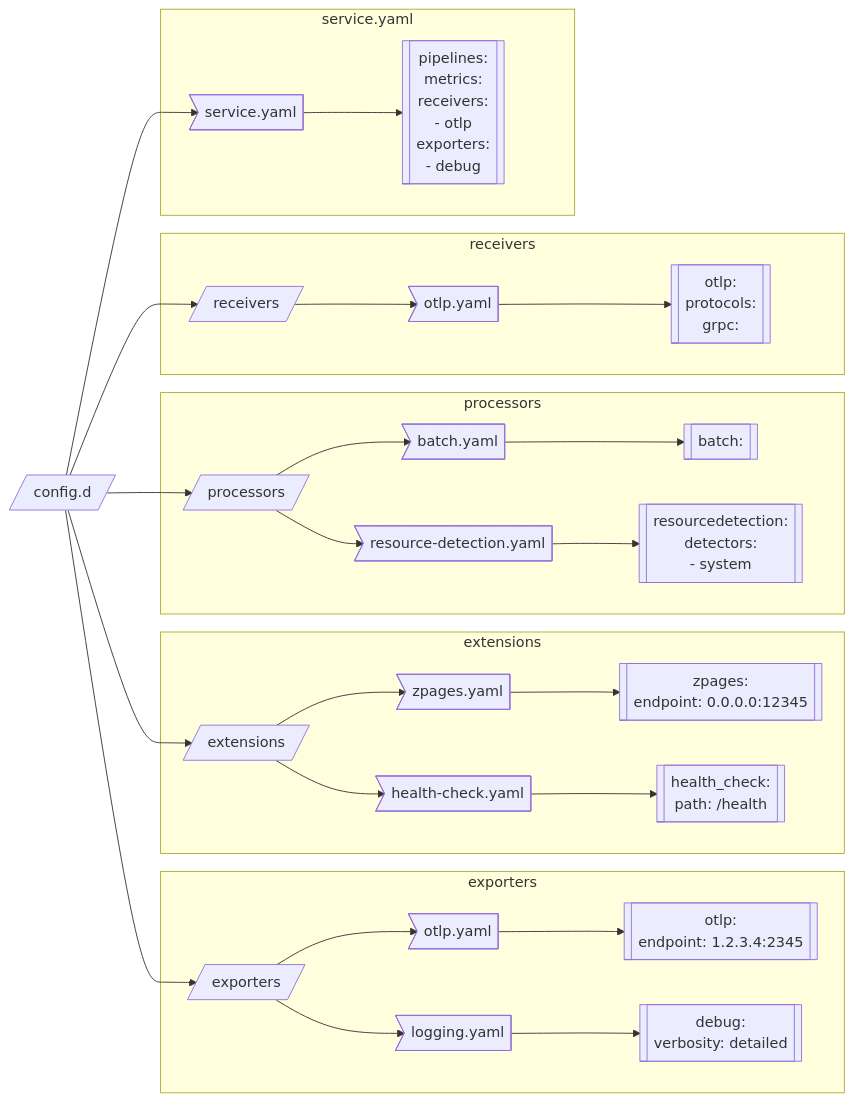
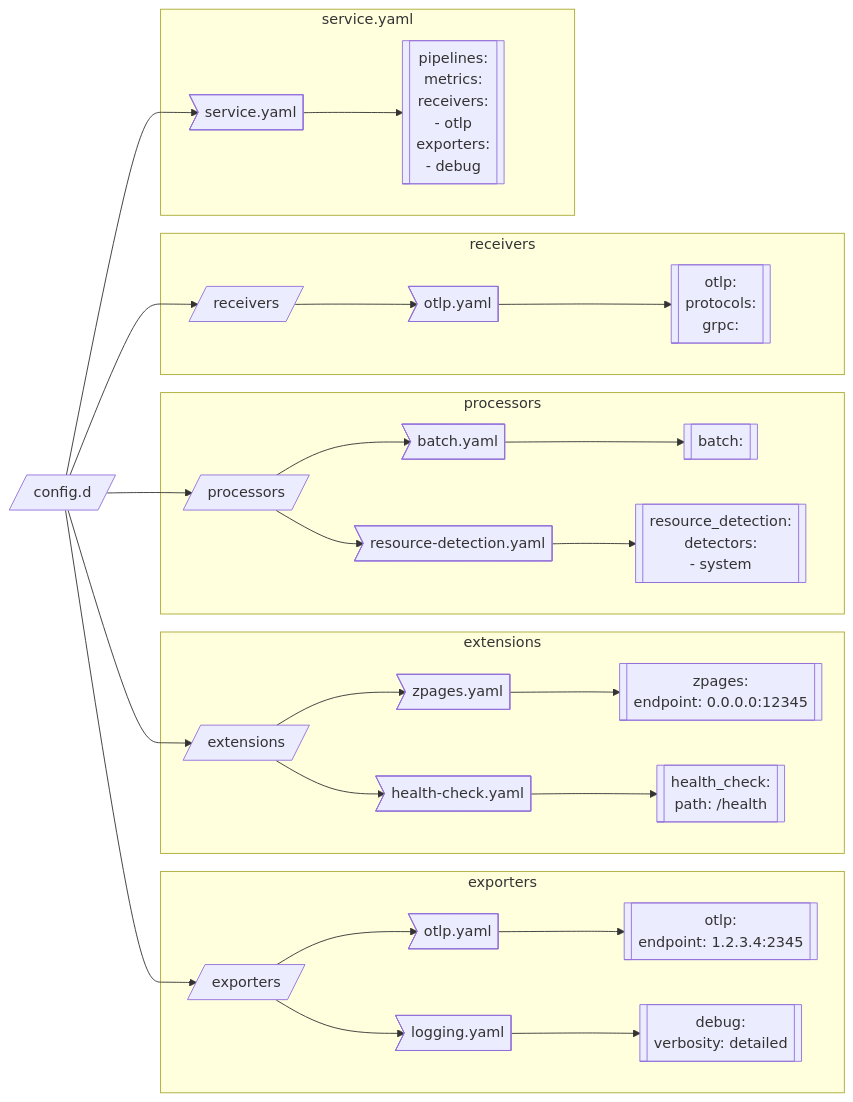
One commit to signalfx/splunk-otel-collector changed the diagram in internal/confmapprovider/discovery/README.md. Above: the diagram before and after it, drawn with Mermaid. The commit also changed other lines of this file and 29 other files, not shown here.

Commit message:
use resource_detection

````diff
--- a/internal/confmapprovider/discovery/README.md
+++ b/internal/confmapprovider/discovery/README.md
@@ -9,33 +9,33 @@
 ```mermaid
 graph LR
   config.d[/config.d/] --> 1>service.yaml]
   subgraph 1a[service.yaml]
     1 --> 1a1[[pipelines:<br>metrics:<br>receivers:<br>- otlp<br>exporters:<br>- debug]]
   end
   config.d --> 2[/exporters/]
   subgraph 2a[exporters]
     2 --> 2a1>otlp.yaml]
     2a1 --> 2b1[[otlp:<br>endpoint: 1.2.3.4:2345]]
     2 --> 2a2>logging.yaml]
     2a2 --> 2b2[[debug:<br>verbosity: detailed]]
   end
   config.d --> 3[/extensions/]
   subgraph 3a[extensions]
     3 --> 3a1>zpages.yaml]
     3a1 --> 3b1[[zpages:<br>endpoint: 0.0.0.0:12345]]
     3 --> 3a2>health-check.yaml]
     3a2 --> 3b2[[health_check:<br>path: /health]]
   end
   config.d --> 4[/processors/]
   subgraph 4a[processors]
     4 --> 4a1>batch.yaml]
     4a1 --> 4b1[[batch:<br>]]
     4 --> 4a2>resource-detection.yaml]
-    4a2 --> 4b2[[resourcedetection:<br>detectors:<br>- system]]
+    4a2 --> 4b2[[resource_detection:<br>detectors:<br>- system]]
   end
   config.d --> 5[/receivers/]
   subgraph 5a[receivers]
     5 --> 5a1>otlp.yaml]
     5a1 --> 5b1[[otlp:<br>protocols:<br>grpc:]]
   end
 ```
````
